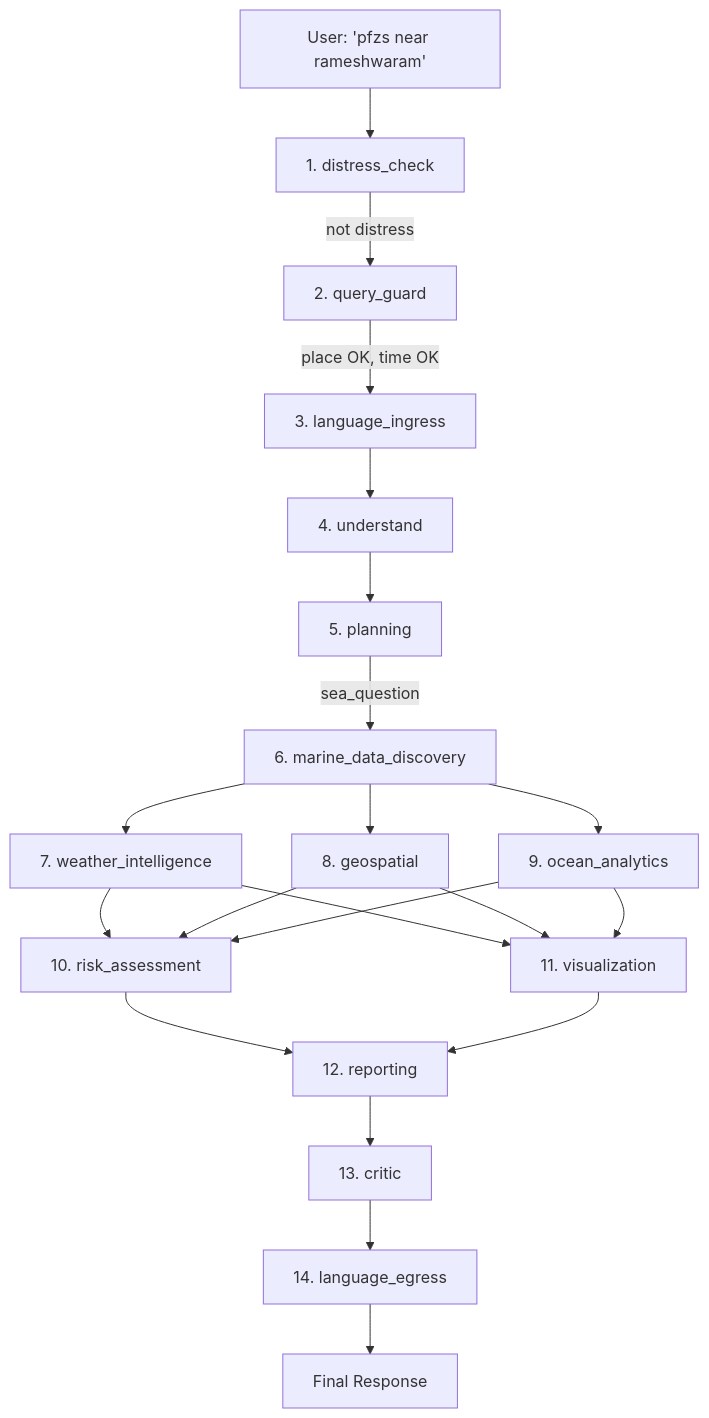
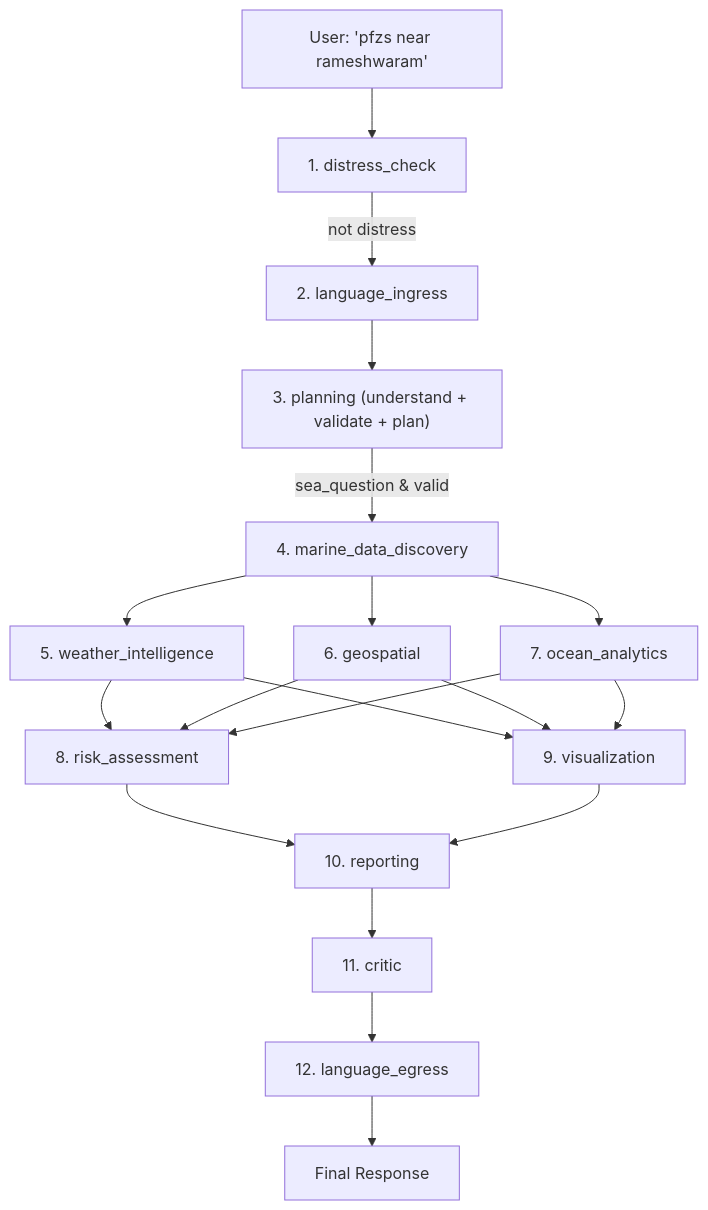
One commit to Abhay-S-R/ORCA changed the diagram in docs/specs/orca_pipeline_walkthrough.md. Above: the diagram before and after it, drawn with Mermaid. The commit also changed other lines of this file and 4 other files, not shown here.

````diff
--- a/docs/specs/orca_pipeline_walkthrough.md
+++ b/docs/specs/orca_pipeline_walkthrough.md
@@ -10,23 +10,21 @@
 ```mermaid
 graph TD
     A["User: 'pfzs near rameshwaram'"] --> B["1. distress_check"]
-    B -->|not distress| C["2. query_guard"]
-    C -->|place OK, time OK| D["3. language_ingress"]
-    D --> E["4. understand"]
-    E --> F["5. planning"]
-    F -->|sea_question| G["6. marine_data_discovery"]
-    G --> H["7. weather_intelligence"]
-    G --> I["8. geospatial"]
-    G --> J["9. ocean_analytics"]
-    H --> K["10. risk_assessment"]
-    I --> K
+    B -->|not distress| C["2. language_ingress"]
+    C --> D["3. planning (understand + validate + plan)"]
+    D -->|sea_question & valid| E["4. marine_data_discovery"]
+    E --> F["5. weather_intelligence"]
+    E --> G["6. geospatial"]
+    E --> H["7. ocean_analytics"]
+    F --> I["8. risk_assessment"]
+    G --> I
+    H --> I
+    F --> J["9. visualization"]
+    G --> J
+    H --> J
+    I --> K["10. reporting"]
     J --> K
-    H --> L["11. visualization"]
-    I --> L
-    J --> L
-    K --> M["12. reporting"]
-    L --> M
-    M --> N["13. critic"]
-    N --> O["14. language_egress"]
-    O --> P["Final Response"]
+    K --> L["11. critic"]
+    L --> M["12. language_egress"]
+    M --> N["Final Response"]
 ```
````
